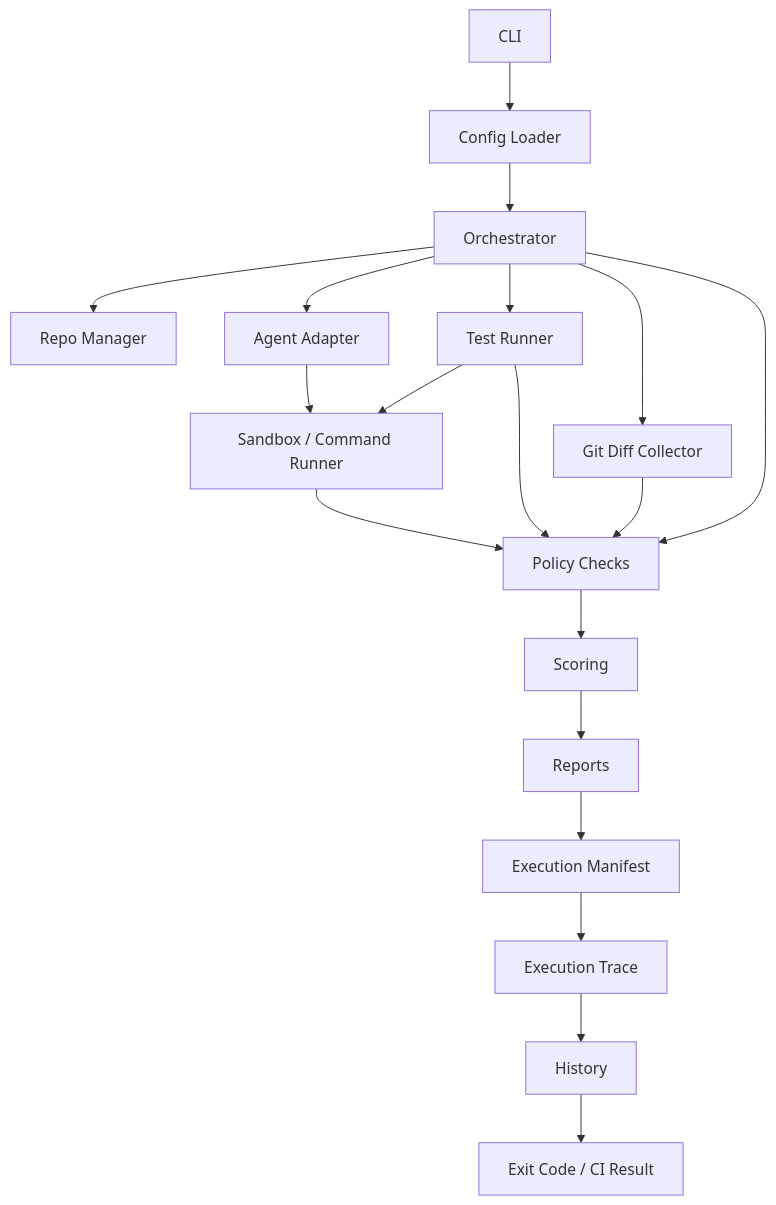
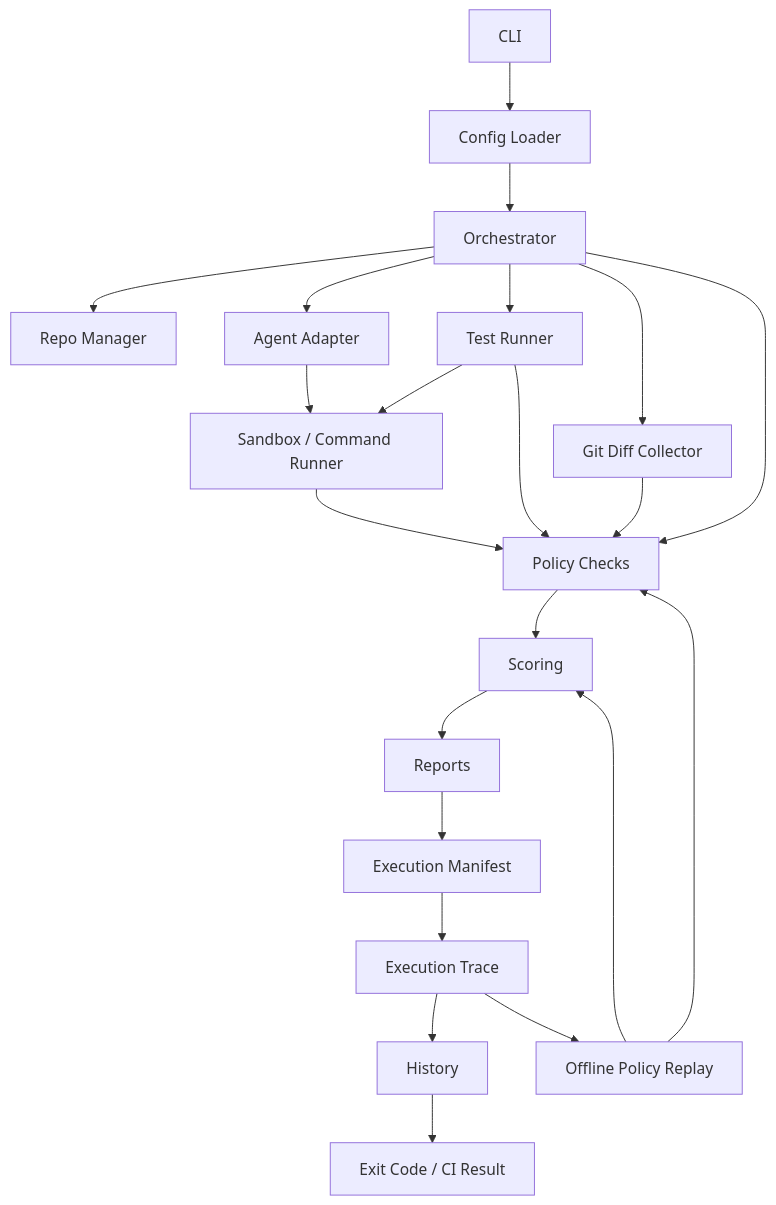
Before and after one commit to richinmrudul/agentguard: the first of 2 diagrams in docs/architecture.md, drawn with Mermaid. The commit also changed other lines of this file and 15 other files, not shown here.

Commit message:
feat(replay): add deterministic policy replay

````diff
--- a/docs/architecture.md
+++ b/docs/architecture.md
@@ -120,21 +126,24 @@
 ```mermaid
 flowchart TD
     CLI[CLI] --> ConfigLoader[Config Loader]
     ConfigLoader --> Orchestrator[Orchestrator]
     Orchestrator --> RepoManager[Repo Manager]
     Orchestrator --> AgentAdapter[Agent Adapter]
     AgentAdapter --> SandboxRunner[Sandbox / Command Runner]
     Orchestrator --> TestRunner[Test Runner]
     TestRunner --> SandboxRunner
     Orchestrator --> GitDiffCollector[Git Diff Collector]
     Orchestrator --> PolicyChecks[Policy Checks]
     SandboxRunner --> PolicyChecks
     GitDiffCollector --> PolicyChecks
     TestRunner --> PolicyChecks
     PolicyChecks --> Scoring[Scoring]
     Scoring --> Reports[Reports]
     Reports --> Manifest[Execution Manifest]
     Manifest --> Trace[Execution Trace]
     Trace --> History[History]
+    Trace --> Replay[Offline Policy Replay]
+    Replay --> PolicyChecks
+    Replay --> Scoring
     History --> ExitCode[Exit Code / CI Result]
 ```
````
